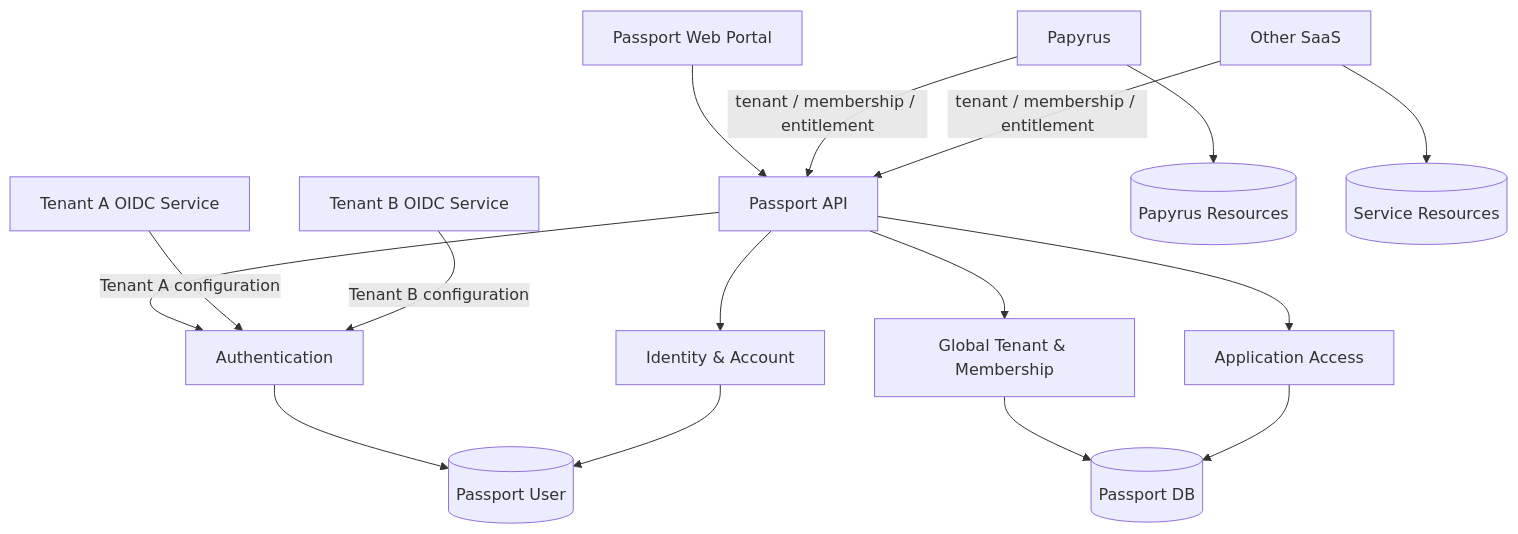
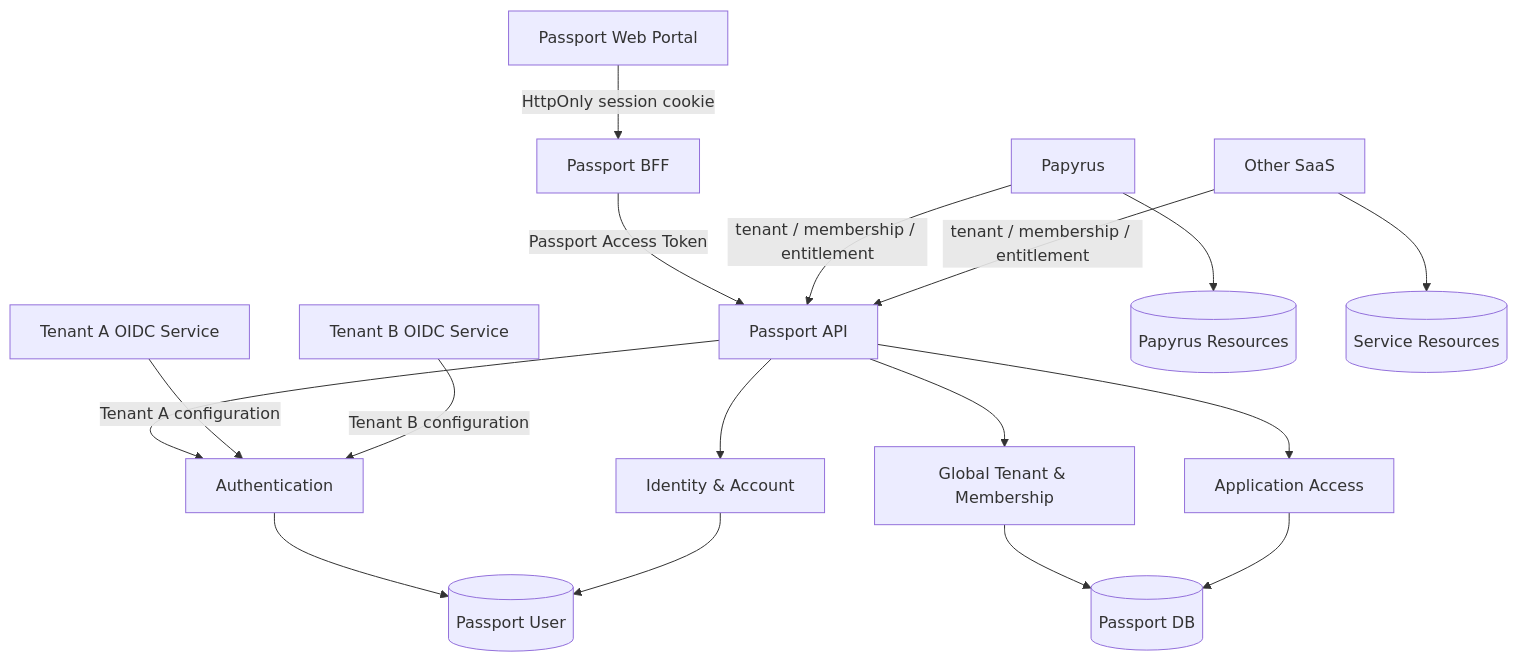
The first of 2 diagrams in docs/REQUIREMENTS.md (hyoungsookim/passport), drawn with Mermaid before and after one commit. The commit also changed other lines of this file and 2 other files, not shown here.

````diff
--- a/docs/REQUIREMENTS.md
+++ b/docs/REQUIREMENTS.md
@@ -90,18 +91,19 @@
 ```mermaid
 flowchart TB
-    WEB[Passport Web Portal] --> API[Passport API]
+    WEB[Passport Web Portal] -->|HttpOnly session cookie| BFF[Passport BFF]
+    BFF -->|Passport Access Token| API[Passport API]
     API --> AUTH[Authentication]
     API --> ID[Identity & Account]
     API --> TENANT[Global Tenant & Membership]
     API --> APP[Application Access]
     OIDC_A[Tenant A OIDC Service] -->|Tenant A configuration| AUTH
     OIDC_B[Tenant B OIDC Service] -->|Tenant B configuration| AUTH
     AUTH --> USER[(Passport User)]
     ID --> USER
     TENANT --> DB[(Passport DB)]
     APP --> DB
     PAP[Papyrus] -->|tenant / membership / entitlement| API
     OTHER[Other SaaS] -->|tenant / membership / entitlement| API
     PAP --> PRES[(Papyrus Resources)]
     OTHER --> ORES[(Service Resources)]
 ```
````
